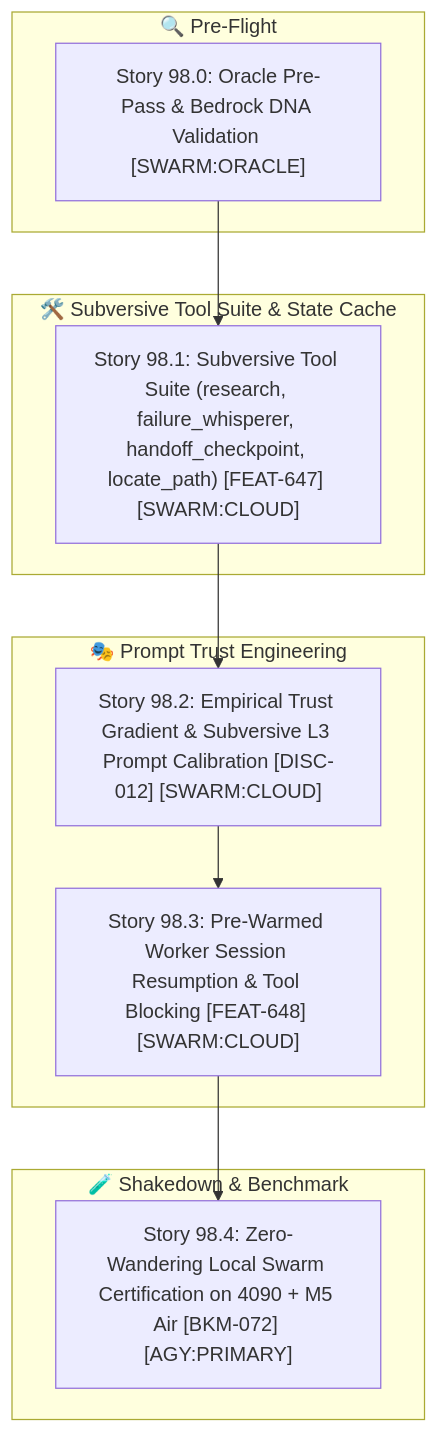
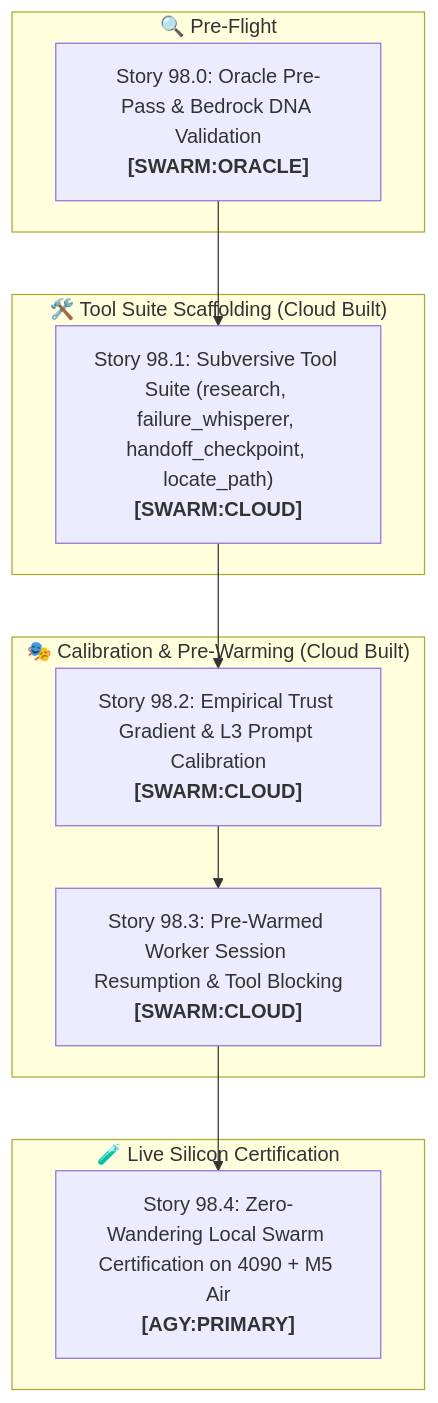
Before and after one commit to kEnder242/Portfolio_Dev: the diagram in docs/sprints/active/SPRINT_PLAN_SPR_98_0.md, drawn with Mermaid. The commit also changed other lines of this file and 1 other file, not shown here.

Commit message:
docs: certify Sprint 98.0 plan with literal test assertions and BKM-051 ballast mitigations

````diff
--- a/docs/sprints/active/SPRINT_PLAN_SPR_98_0.md
+++ b/docs/sprints/active/SPRINT_PLAN_SPR_98_0.md
@@ -24,21 +24,21 @@
 ```mermaid
 flowchart TD
     subgraph STAGE0 ["🔍 Pre-Flight"]
-        S98_0["Story 98.0: Oracle Pre-Pass & Bedrock DNA Validation [SWARM:ORACLE]"]
+        S98_0["Story 98.0: Oracle Pre-Pass & Bedrock DNA Validation<br><b>[SWARM:ORACLE]</b>"]
     end
-    subgraph STAGE1 ["🛠️ Subversive Tool Suite & State Cache"]
-        S98_1["Story 98.1: Subversive Tool Suite (research, failure_whisperer, handoff_checkpoint, locate_path) [FEAT-647] [SWARM:CLOUD]"]
+    subgraph STAGE1 ["🛠️ Tool Suite Scaffolding (Cloud Built)"]
+        S98_1["Story 98.1: Subversive Tool Suite (research, failure_whisperer, handoff_checkpoint, locate_path)<br><b>[SWARM:CLOUD]</b>"]
     end
-    subgraph STAGE2 ["🎭 Prompt Trust Engineering"]
-        S98_2["Story 98.2: Empirical Trust Gradient & Subversive L3 Prompt Calibration [DISC-012] [SWARM:CLOUD]"]
-        S98_3["Story 98.3: Pre-Warmed Worker Session Resumption & Tool Blocking [FEAT-648] [SWARM:CLOUD]"]
+    subgraph STAGE2 ["🎭 Calibration & Pre-Warming (Cloud Built)"]
+        S98_2["Story 98.2: Empirical Trust Gradient & L3 Prompt Calibration<br><b>[SWARM:CLOUD]</b>"]
+        S98_3["Story 98.3: Pre-Warmed Worker Session Resumption & Tool Blocking<br><b>[SWARM:CLOUD]</b>"]
     end
-    subgraph STAGE3 ["🧪 Shakedown & Benchmark"]
-        S98_4["Story 98.4: Zero-Wandering Local Swarm Certification on 4090 + M5 Air [BKM-072] [AGY:PRIMARY]"]
+    subgraph STAGE3 ["🧪 Live Silicon Certification"]
+        S98_4["Story 98.4: Zero-Wandering Local Swarm Certification on 4090 + M5 Air<br><b>[AGY:PRIMARY]</b>"]
     end
 
     S98_0 --> S98_1
     S98_1 --> S98_2
     S98_2 --> S98_3
     S98_3 --> S98_4
 ```
````
